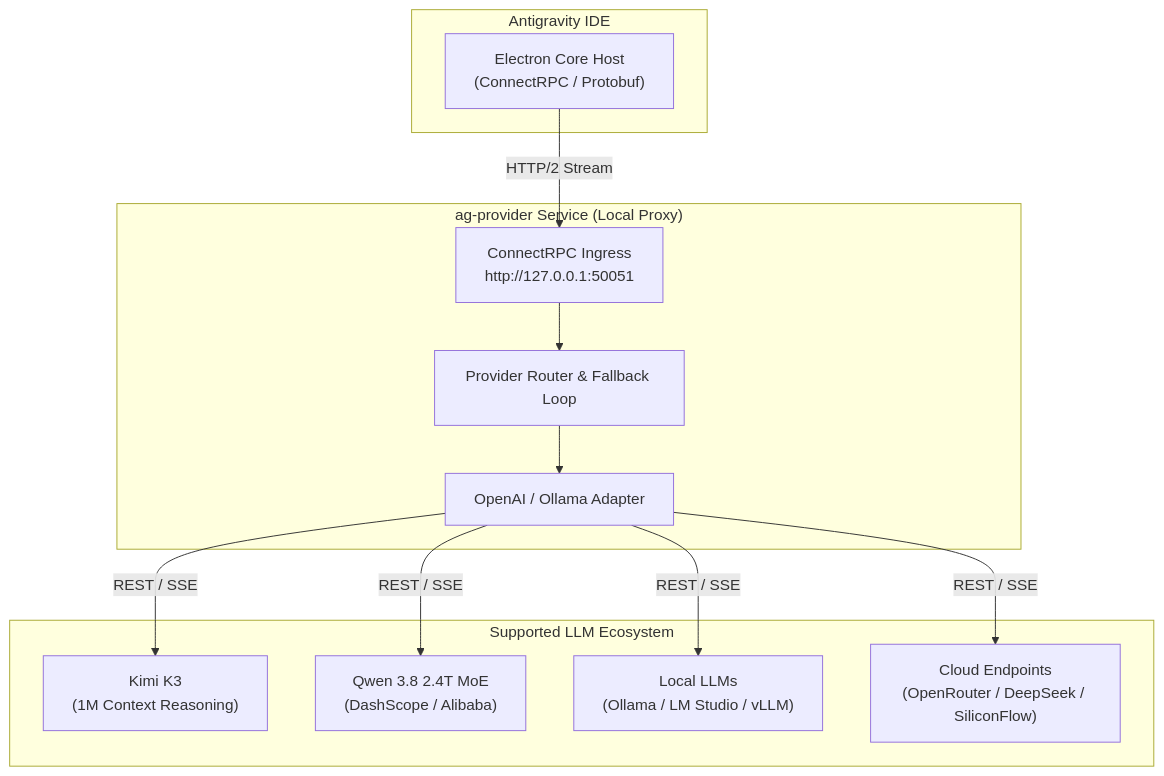
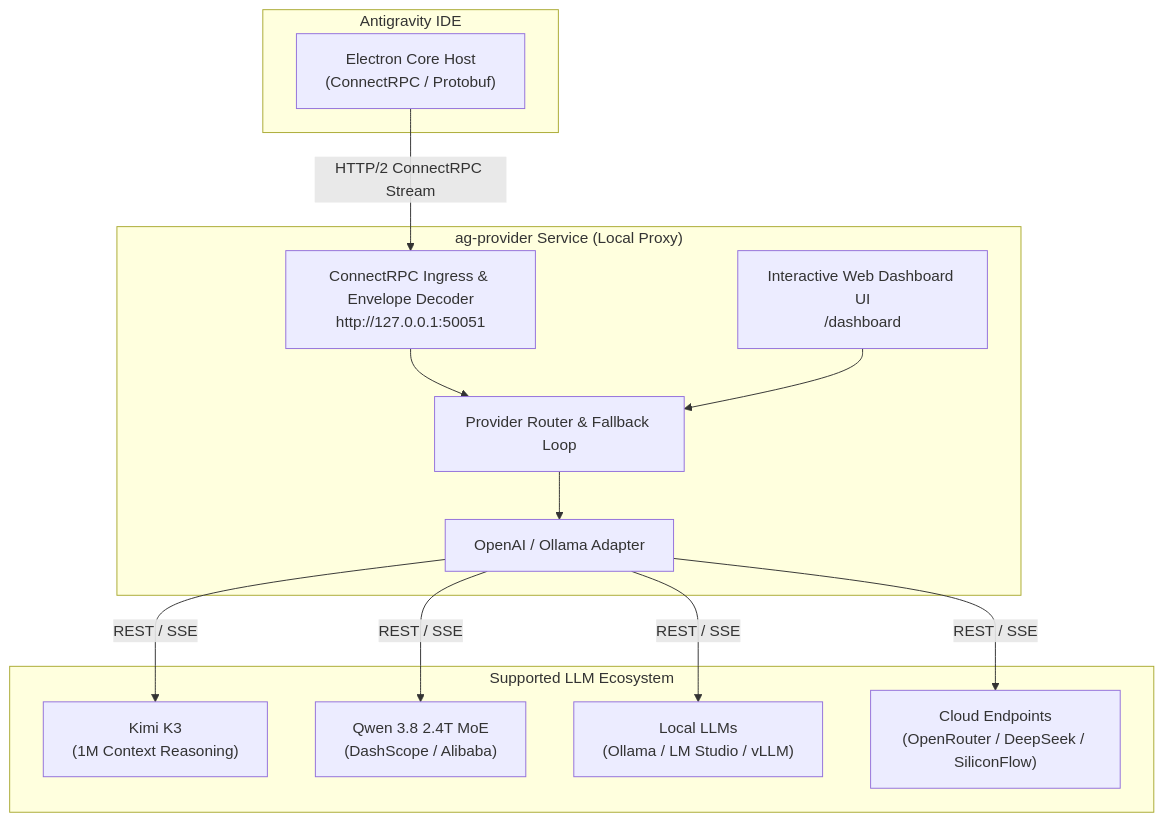
One commit to linces/AntigravityUnLocker changed the diagram in README.md. Above: the diagram before and after it, drawn with Mermaid. The commit also changed other lines of this file, not shown here.

````diff
--- a/README.md
+++ b/README.md
@@ -31,27 +40,29 @@
 ```mermaid
 flowchart TD
     subgraph Client["Antigravity IDE"]
         IDE["Electron Core Host<br/>(ConnectRPC / Protobuf)"]
     end
 
     subgraph Bridge["ag-provider Service (Local Proxy)"]
-        RPC["ConnectRPC Ingress<br/>http://127.0.0.1:50051"]
+        RPC["ConnectRPC Ingress & Envelope Decoder<br/>http://127.0.0.1:50051"]
         ROUTER["Provider Router & Fallback Loop"]
         ADAPTER["OpenAI / Ollama Adapter"]
+        DASHBOARD["Interactive Web Dashboard UI<br/>/dashboard"]
         RPC --> ROUTER
         ROUTER --> ADAPTER
+        DASHBOARD --> ROUTER
     end
 
     subgraph Backends["Supported LLM Ecosystem"]
         KIMI["Kimi K3<br/>(1M Context Reasoning)"]
         QWEN38["Qwen 3.8 2.4T MoE<br/>(DashScope / Alibaba)"]
         OLLAMA["Local LLMs<br/>(Ollama / LM Studio / vLLM)"]
         CLOUD["Cloud Endpoints<br/>(OpenRouter / DeepSeek / SiliconFlow)"]
     end
 
-    IDE -->|HTTP/2 Stream| RPC
+    IDE -->|HTTP/2 ConnectRPC Stream| RPC
     ADAPTER -->|REST / SSE| KIMI
     ADAPTER -->|REST / SSE| QWEN38
     ADAPTER -->|REST / SSE| OLLAMA
     ADAPTER -->|REST / SSE| CLOUD
 ```
````
